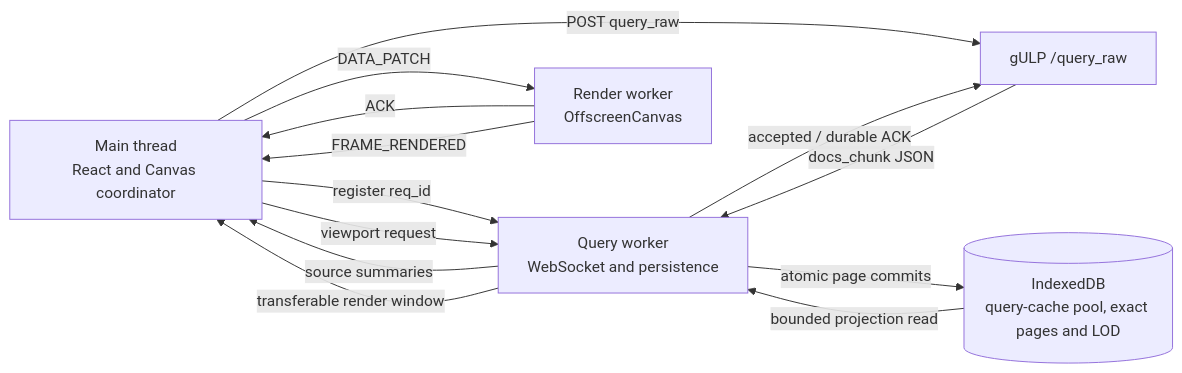
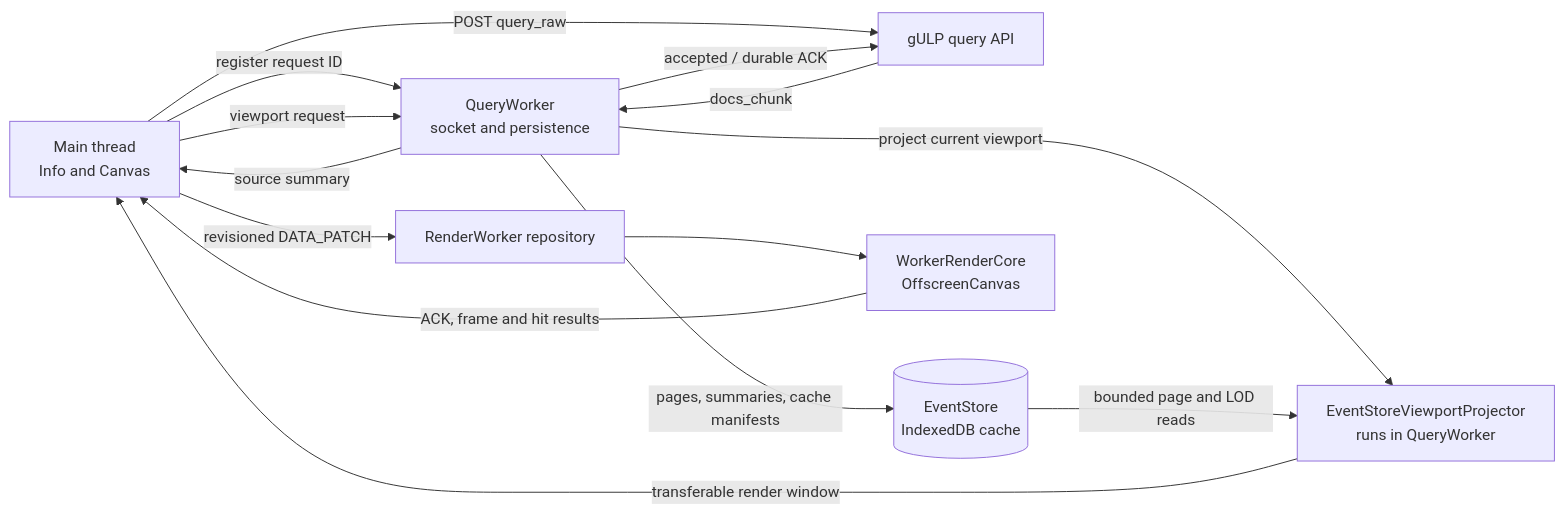
Before and after one commit to mentat-is/gulp: the diagram in docs/webui/engine.architecture.md, drawn with Mermaid. The commit also changed other lines of this file and 7 other files, not shown here.

Commit message:
ui: Refactor documentation for web UI components and architecture

````diff
--- a/docs/webui/engine.architecture.md
+++ b/docs/webui/engine.architecture.md
@@ -19,21 +34,24 @@
 ```mermaid
 flowchart LR
-    UI[Main thread<br/>React and Canvas coordinator]
-    API[gULP /query_raw]
-    QW[Query worker<br/>WebSocket and persistence]
-    DB[(IndexedDB<br/>query-cache pool, exact pages and LOD)]
-    RW[Render worker<br/>OffscreenCanvas]
+    UI[Main thread<br/>Info and Canvas]
+    API[gULP query API]
+    QW[QueryWorker<br/>socket and persistence]
+    ES[(EventStore<br/>IndexedDB cache)]
+    VP[EventStoreViewportProjector<br/>runs in QueryWorker]
+    RR[RenderWorker repository]
+    CORE[WorkerRenderCore<br/>OffscreenCanvas]
 
-    UI -->|register req_id| QW
+    UI -->|register request ID| QW
     UI -->|POST query_raw| API
-    API -->|docs_chunk JSON| QW
+    API -->|docs_chunk| QW
     QW -->|accepted / durable ACK| API
-    QW -->|atomic page commits| DB
-    QW -->|source summaries| UI
+    QW -->|pages, summaries, cache manifests| ES
+    QW -->|source summary| UI
     UI -->|viewport request| QW
-    DB -->|bounded projection read| QW
-    QW -->|transferable render window| UI
-    UI -->|DATA_PATCH| RW
-    RW -->|ACK| UI
-    RW -->|FRAME_RENDERED| UI
+    QW -->|project current viewport| VP
+    ES -->|bounded page and LOD reads| VP
+    VP -->|transferable render window| UI
+    UI -->|revisioned DATA_PATCH| RR
+    RR --> CORE
+    CORE -->|ACK, frame and hit results| UI
 ```
````
